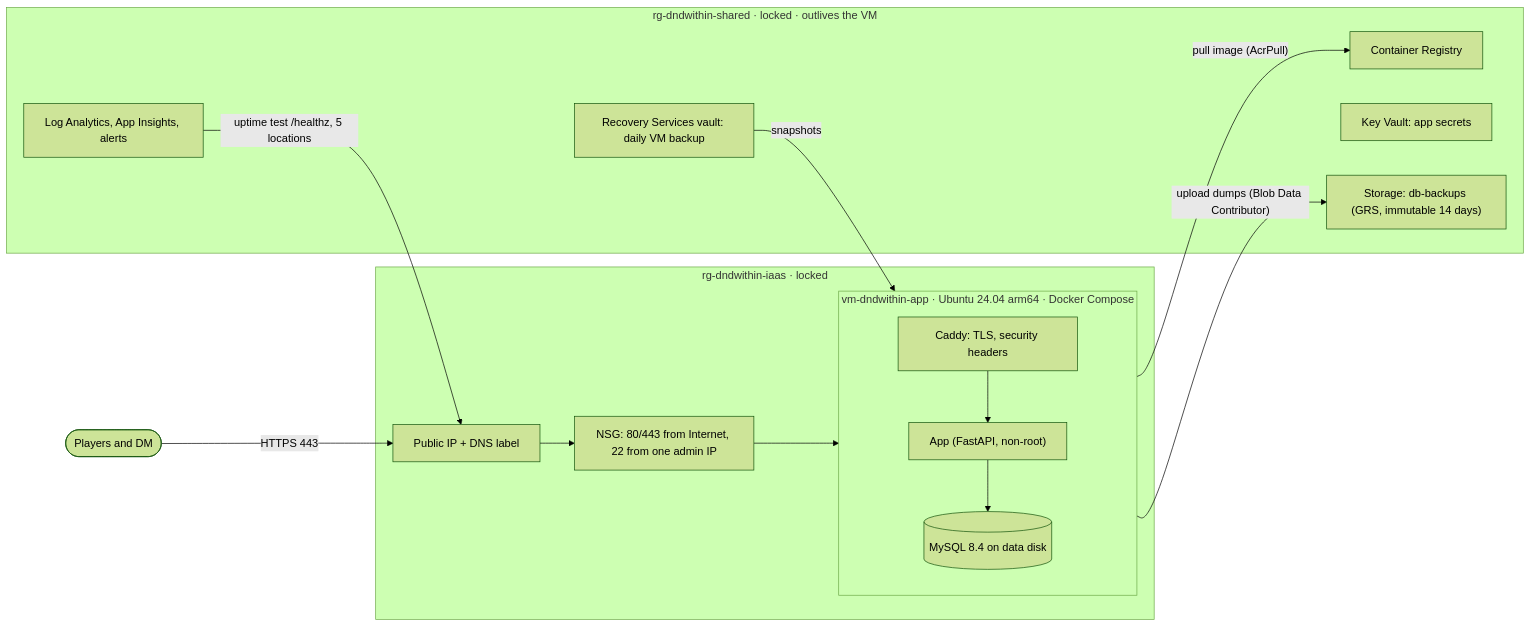
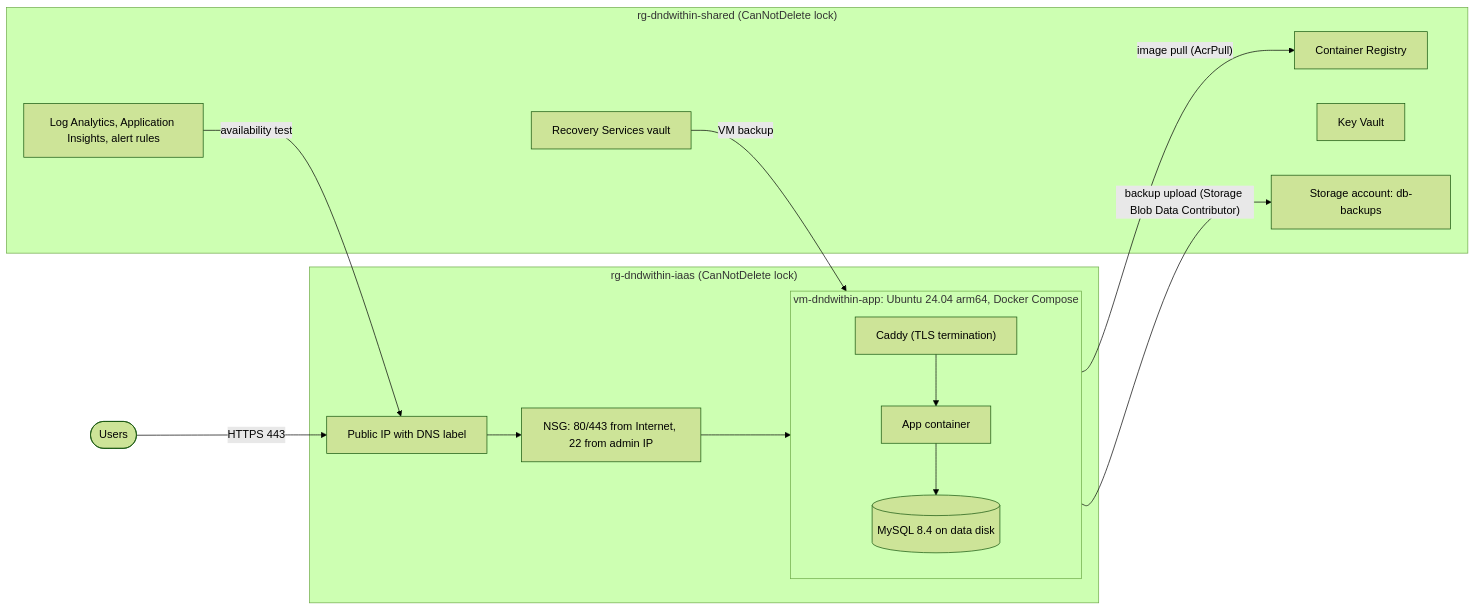
The first of 2 diagrams in docs/architecture.md (brock-afk/dnd-within), drawn with Mermaid (forest theme) before and after one commit. The commit also changed other lines of this file and 1 other file, not shown here.

````diff
--- a/docs/architecture.md
+++ b/docs/architecture.md
@@ -7,25 +7,25 @@
 ```mermaid
 flowchart LR
-    user(["Players and DM"]) -- "HTTPS 443" --> pip
+    user(["Users"]) -- "HTTPS 443" --> pip
 
-    subgraph iaas["rg-dndwithin-iaas · locked"]
-        pip["Public IP + DNS label"] --> nsg["NSG: 80/443 from Internet, 22 from one admin IP"]
+    subgraph iaas["rg-dndwithin-iaas (CanNotDelete lock)"]
+        pip["Public IP with DNS label"] --> nsg["NSG: 80/443 from Internet, 22 from admin IP"]
         nsg --> vm
-        subgraph vm["vm-dndwithin-app · Ubuntu 24.04 arm64 · Docker Compose"]
-            caddy["Caddy: TLS, security headers"] --> app["App (FastAPI, non-root)"] --> mysql[("MySQL 8.4 on data disk")]
+        subgraph vm["vm-dndwithin-app: Ubuntu 24.04 arm64, Docker Compose"]
+            caddy["Caddy (TLS termination)"] --> app["App container"] --> mysql[("MySQL 8.4 on data disk")]
         end
     end
 
-    subgraph shared["rg-dndwithin-shared · locked · outlives the VM"]
+    subgraph shared["rg-dndwithin-shared (CanNotDelete lock)"]
         acr["Container Registry"]
-        kv["Key Vault: app secrets"]
-        st["Storage: db-backups (GRS, immutable 14 days)"]
-        rsv["Recovery Services vault: daily VM backup"]
-        mon["Log Analytics, App Insights, alerts"]
+        kv["Key Vault"]
+        st["Storage account: db-backups"]
+        rsv["Recovery Services vault"]
+        mon["Log Analytics, Application Insights, alert rules"]
     end
 
-    vm -- "pull image (AcrPull)" --> acr
-    vm -- "upload dumps (Blob Data Contributor)" --> st
-    rsv -- "snapshots" --> vm
-    mon -- "uptime test /healthz, 5 locations" --> pip
+    vm -- "image pull (AcrPull)" --> acr
+    vm -- "backup upload (Storage Blob Data Contributor)" --> st
+    rsv -- "VM backup" --> vm
+    mon -- "availability test" --> pip
 ```
````
